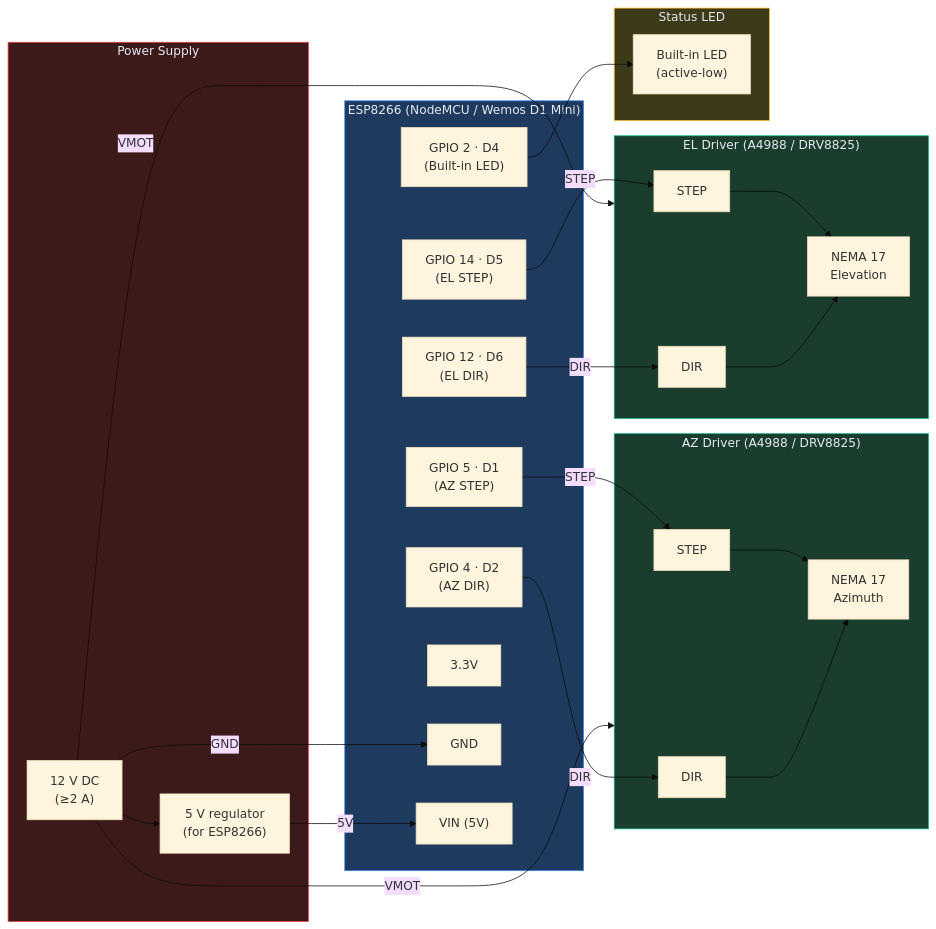
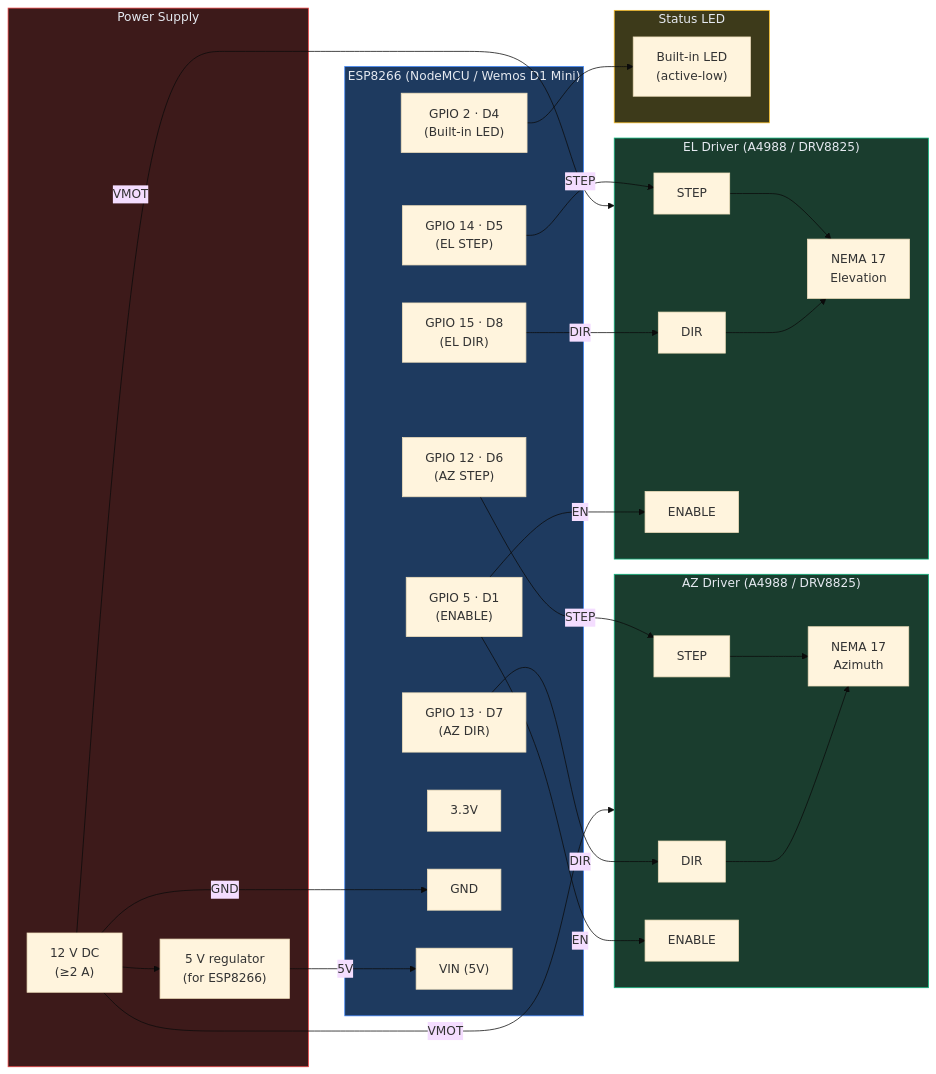
One commit to berryerlouis/parabole-3d changed the diagram in rotclt/README.md. Above: the diagram before and after it, drawn with Mermaid (base theme). The commit also changed other lines of this file and 4 other files, not shown here.

````diff
--- a/rotclt/README.md
+++ b/rotclt/README.md
@@ -81,57 +112,62 @@
 ```mermaid
 graph LR
   subgraph ESP8266["ESP8266 (NodeMCU / Wemos D1 Mini)"]
     GPIO2["GPIO 2 · D4\n(Built-in LED)"]
-    GPIO5["GPIO 5 · D1\n(AZ STEP)"]
-    GPIO4["GPIO 4 · D2\n(AZ DIR)"]
+    GPIO5["GPIO 5 · D1\n(ENABLE)"]
+    GPIO12["GPIO 12 · D6\n(AZ STEP)"]
+    GPIO13["GPIO 13 · D7\n(AZ DIR)"]
     GPIO14["GPIO 14 · D5\n(EL STEP)"]
-    GPIO12["GPIO 12 · D6\n(EL DIR)"]
+    GPIO15["GPIO 15 · D8\n(EL DIR)"]
     VCC["3.3V"]
     GND["GND"]
     VIN["VIN (5V)"]
   end
 
   subgraph AZ_DRV["AZ Driver (A4988 / DRV8825)"]
     AZ_STEP["STEP"]
     AZ_DIR["DIR"]
+    AZ_EN["ENABLE"]
     AZ_MOT["NEMA 17\nAzimuth"]
   end
 
   subgraph EL_DRV["EL Driver (A4988 / DRV8825)"]
     EL_STEP["STEP"]
     EL_DIR["DIR"]
+    EL_EN["ENABLE"]
     EL_MOT["NEMA 17\nElevation"]
   end
 
   subgraph Power["Power Supply"]
     PSU["12 V DC\n(≥2 A)"]
     VREG["5 V regulator\n(for ESP8266)"]
   end
 
   subgraph Indicator["Status LED"]
     LED["Built-in LED\n(active-low)"]
   end
 
-  GPIO5 -- "STEP" --> AZ_STEP
-  GPIO4 -- "DIR" --> AZ_DIR
+  GPIO12 -- "STEP" --> AZ_STEP
+  GPIO13 -- "DIR" --> AZ_DIR
+  GPIO5 -- "EN" --> AZ_EN
   AZ_STEP --> AZ_MOT
   AZ_DIR --> AZ_MOT
 
   GPIO14 -- "STEP" --> EL_STEP
-  GPIO12 -- "DIR" --> EL_DIR
+  GPIO15 -- "DIR" --> EL_DIR
+  GPIO5 -- "EN" --> EL_EN
   EL_STEP --> EL_MOT
   EL_DIR --> EL_MOT
 
   GPIO2 --> LED
 
   PSU -- "VMOT" --> AZ_DRV
   PSU -- "VMOT" --> EL_DRV
   PSU --> VREG -- "5V" --> VIN
   PSU -- "GND" --> GND
 
   style ESP8266 fill:#1e3a5f,color:#e5e9f0,stroke:#3b82f6
   style AZ_DRV fill:#1a3d2e,color:#e5e9f0,stroke:#10b981
   style EL_DRV fill:#1a3d2e,color:#e5e9f0,stroke:#10b981
   style Power fill:#3d1a1a,color:#e5e9f0,stroke:#ef4444
   style Indicator fill:#3d3a1a,color:#e5e9f0,stroke:#fbbf24
 ```
````
